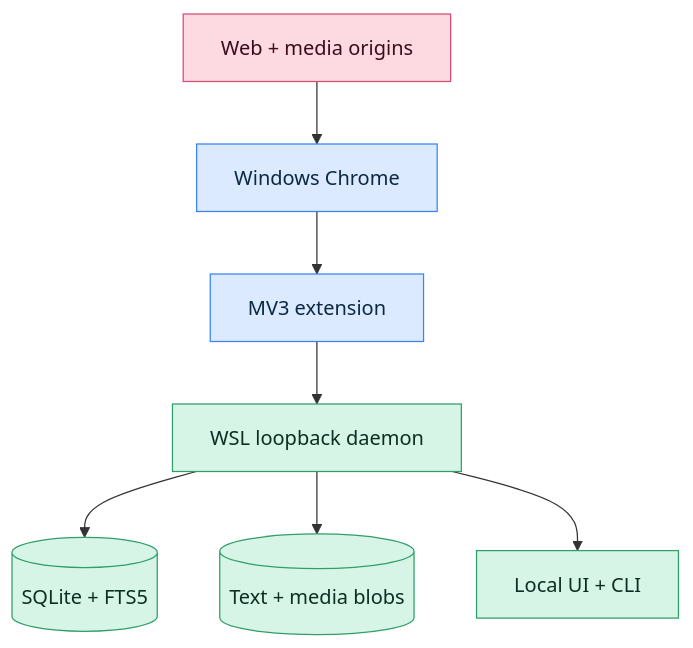
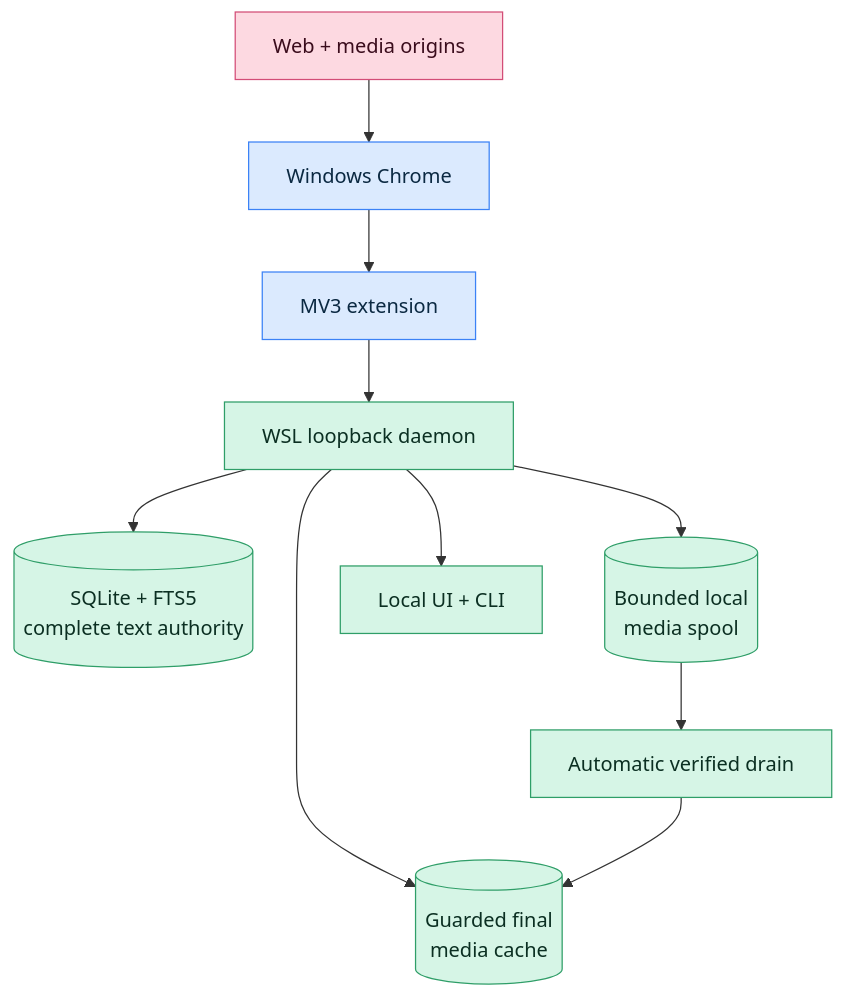
The diagram in docs/architecture/README.md (michaelnicks0/browser-memory-daemon), drawn with Mermaid before and after one commit. The commit also changed other lines of this file and 331 other files, not shown here.

Commit message:
docs: refresh architecture and publish surfaces

````diff
--- a/docs/architecture/README.md
+++ b/docs/architecture/README.md
@@ -16,16 +16,18 @@
 ```mermaid
 flowchart TB
   Web["Web + media origins"] --> Chrome["Windows Chrome"]
   Chrome --> Ext["MV3 extension"]
   Ext --> Daemon["WSL loopback daemon"]
-  Daemon --> DB[("SQLite + FTS5")]
-  Daemon --> Blobs[("Text + media blobs")]
+  Daemon --> DB[("SQLite + FTS5<br/>complete text authority")]
+  Daemon --> Media[("Guarded final<br/>media cache")]
+  Daemon --> Spool[("Bounded local<br/>media spool")]
+  Spool --> Drain["Automatic verified drain"] --> Media
   Daemon --> Ops["Local UI + CLI"]
 
   classDef external fill:#fdd9e1,stroke:#d34d77,color:#3a0c1c;
   classDef browser fill:#dbeafe,stroke:#3b82f6,color:#0b2942;
   classDef local fill:#d6f5e6,stroke:#2f9e68,color:#0b2f22;
   class Web external;
   class Chrome,Ext browser;
-  class Daemon,DB,Blobs,Ops local;
+  class Daemon,DB,Media,Spool,Drain,Ops local;
 ```
````
